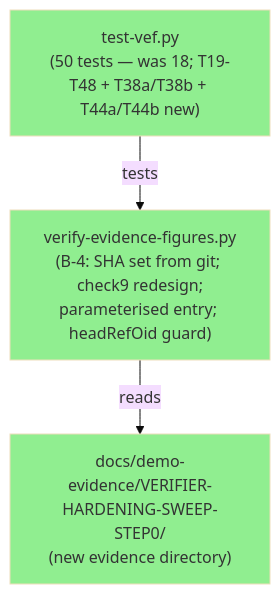
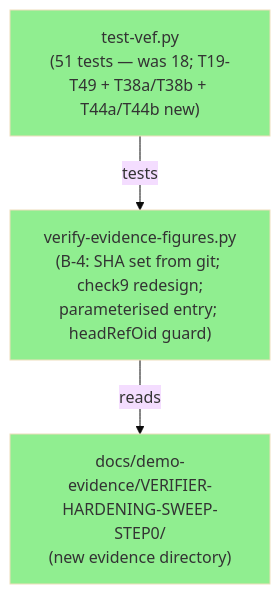
Before and after one commit to BOHICA-LABS/mdlinkcheck-cloud: the first of 3 diagrams in code-delivery/VERIFIER-HARDENING-SWEEP-STEP0/pr-description.md, drawn with Mermaid (base theme). The commit also changed other lines of this file, not shown here.

````diff
--- a/code-delivery/VERIFIER-HARDENING-SWEEP-STEP0/pr-description.md
+++ b/code-delivery/VERIFIER-HARDENING-SWEEP-STEP0/pr-description.md
@@ -23,13 +23,13 @@
 ```mermaid
 graph TD
     VEF["verify-evidence-figures.py<br/>(B-4: SHA set from git; check9 redesign;<br/>parameterised entry; headRefOid guard)"]
-    TVEF["test-vef.py<br/>(50 tests — was 18; T19-T48 + T38a/T38b + T44a/T44b new)"]
+    TVEF["test-vef.py<br/>(51 tests — was 18; T19-T49 + T38a/T38b + T44a/T44b new)"]
     EV["docs/demo-evidence/VERIFIER-HARDENING-SWEEP-STEP0/<br/>(new evidence directory)"]
 
     TVEF -->|"tests"| VEF
     VEF -->|"reads"| EV
 
     style VEF fill:#90EE90
     style TVEF fill:#90EE90
     style EV fill:#90EE90
 ```
````
